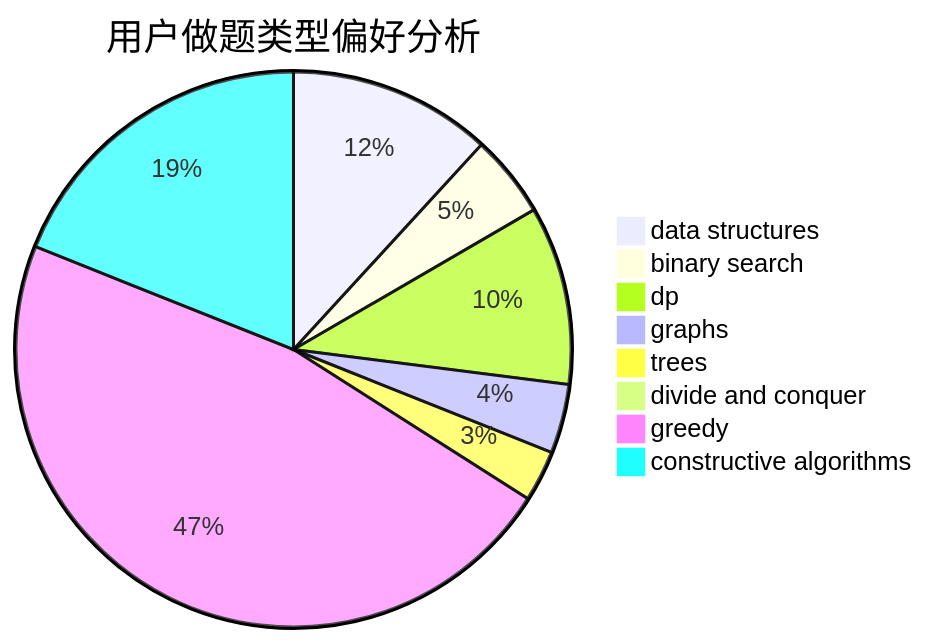
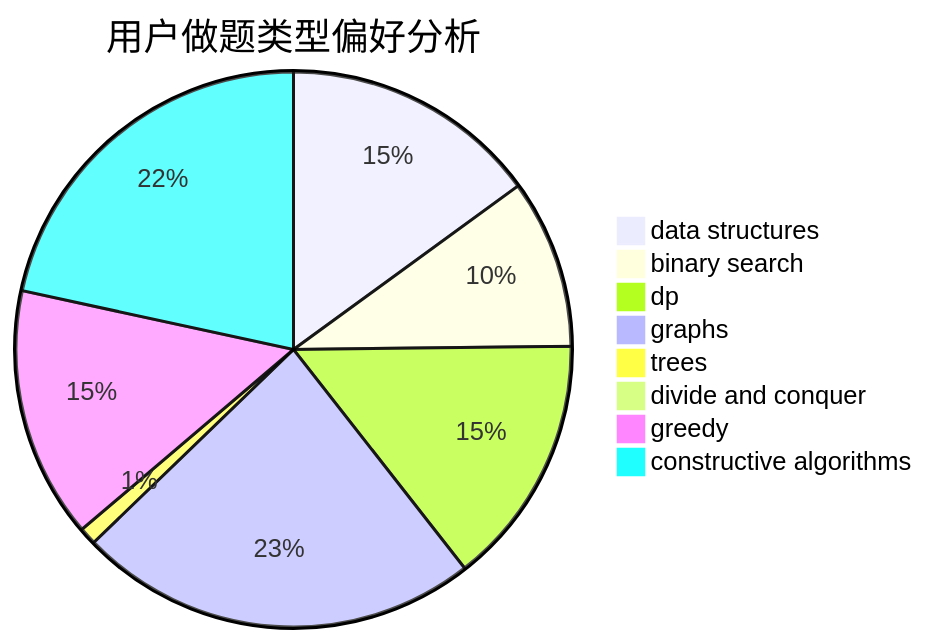
One commit to sherpahu/cfrs.github.io changed the second of 3 diagrams in docs/user/u1598.md. Above: the diagram before and after it, drawn with Mermaid. The commit also changed other lines of this file and 2770 other files, not shown here.

````diff
--- a/docs/user/u1598.md
+++ b/docs/user/u1598.md
@@ -23,11 +23,11 @@
 ```mermaid
 pie title 用户做题类型偏好分析
-    "data structures" :  91
-    "binary search" :  37
-    "dp" :  80
-    "graphs" :  31
-    "trees" :  23
-    "divide and conquer" :  0
-    "greedy" :  362
-    "constructive algorithms" :  146
+    "data structures" :  163
+    "binary search" :  107
+    "dp" :  159
+    "graphs" :  254
+    "trees" :  11
+    "divide and conquer" :  3
+    "greedy" :  159
+    "constructive algorithms" :  235
 ```
````
